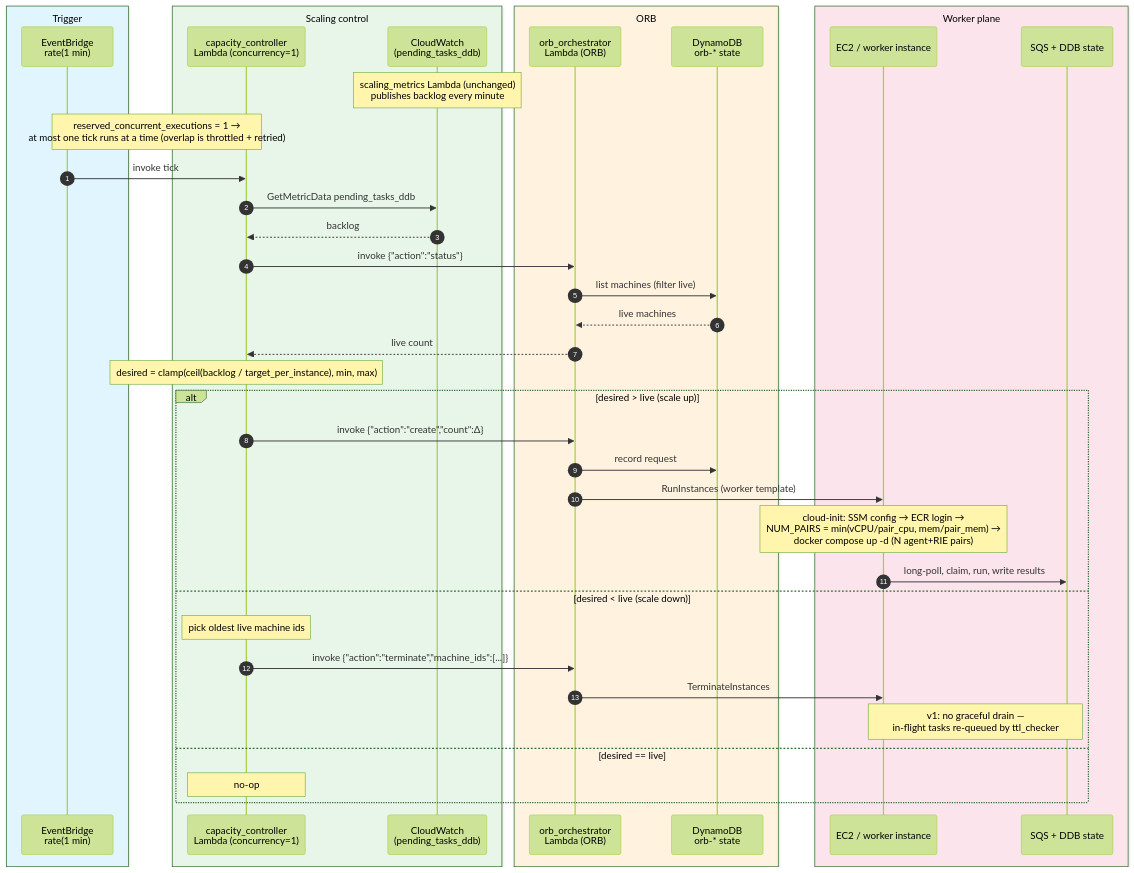
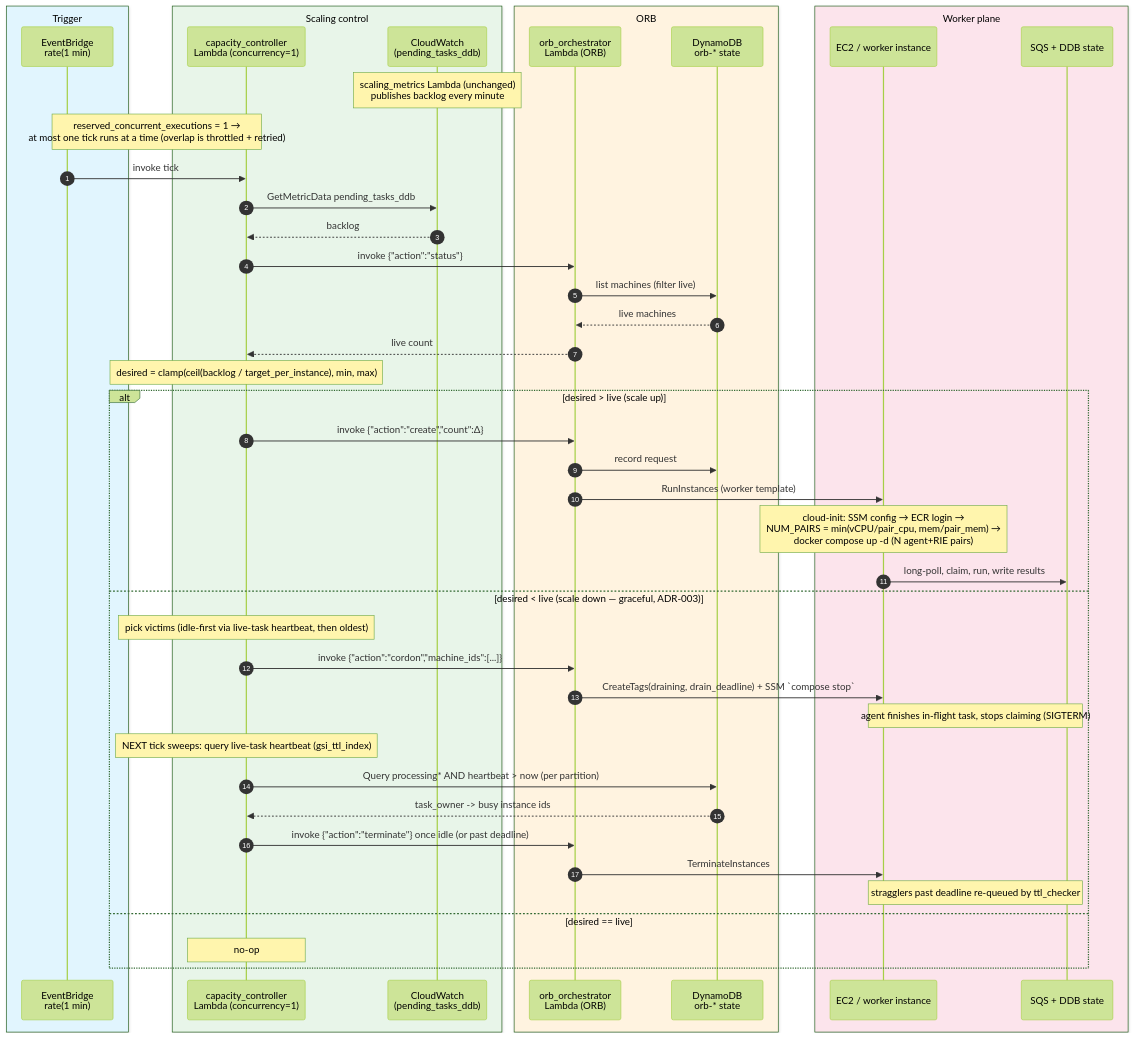
The second of 2 diagrams in docs/diagrams/ec2-scaling-sequence.md (kirillsc/aws-htc-grid), drawn with Mermaid (forest theme) before and after one commit. The commit also changed other lines of this file and 10 other files, not shown here.

````diff
--- a/docs/diagrams/ec2-scaling-sequence.md
+++ b/docs/diagrams/ec2-scaling-sequence.md
@@ -47,47 +47,53 @@
 ```mermaid
 sequenceDiagram
     autonumber
     box rgb(225,245,254) Trigger
         participant EB as EventBridge<br/>rate(1 min)
     end
     box rgb(232,245,233) Scaling control
         participant CTL as capacity_controller<br/>Lambda (concurrency=1)
         participant CW as CloudWatch<br/>(pending_tasks_ddb)
     end
     box rgb(255,243,224) ORB
         participant ORB as orb_orchestrator<br/>Lambda (ORB)
         participant DDB as DynamoDB<br/>orb-* state
     end
     box rgb(252,228,236) Worker plane
         participant EC2 as EC2 / worker instance
         participant SQS as SQS + DDB state
     end
 
     Note over CW: scaling_metrics Lambda (unchanged)<br/>publishes backlog every minute
 
     Note over EB,CTL: reserved_concurrent_executions = 1 →<br/>at most one tick runs at a time (overlap is throttled + retried)
 
     EB->>CTL: invoke tick
     CTL->>CW: GetMetricData pending_tasks_ddb
     CW-->>CTL: backlog
     CTL->>ORB: invoke {"action":"status"}
     ORB->>DDB: list machines (filter live)
     DDB-->>ORB: live machines
     ORB-->>CTL: live count
     Note over CTL: desired = clamp(ceil(backlog / target_per_instance), min, max)
 
     alt desired > live  (scale up)
         CTL->>ORB: invoke {"action":"create","count":Δ}
         ORB->>DDB: record request
         ORB->>EC2: RunInstances (worker template)
         Note over EC2: cloud-init: SSM config → ECR login →<br/>NUM_PAIRS = min(vCPU/pair_cpu, mem/pair_mem) →<br/>docker compose up -d (N agent+RIE pairs)
         EC2->>SQS: long-poll, claim, run, write results
-    else desired < live  (scale down)
-        Note over CTL: pick oldest live machine ids
-        CTL->>ORB: invoke {"action":"terminate","machine_ids":[...]}
+    else desired < live  (scale down — graceful, ADR-003)
+        Note over CTL: pick victims (idle-first via live-task heartbeat, then oldest)
+        CTL->>ORB: invoke {"action":"cordon","machine_ids":[...]}
+        ORB->>EC2: CreateTags(draining, drain_deadline) + SSM `compose stop`
+        Note over EC2,SQS: agent finishes in-flight task, stops claiming (SIGTERM)
+        Note over CTL: NEXT tick sweeps: query live-task heartbeat (gsi_ttl_index)
+        CTL->>DDB: Query processing* AND heartbeat > now (per partition)
+        DDB-->>CTL: task_owner -> busy instance ids
+        CTL->>ORB: invoke {"action":"terminate"} once idle (or past deadline)
         ORB->>EC2: TerminateInstances
-        Note over EC2,SQS: v1: no graceful drain —<br/>in-flight tasks re-queued by ttl_checker
+        Note over EC2,SQS: stragglers past deadline re-queued by ttl_checker
     else desired == live
         Note over CTL: no-op
     end
 ```
````
